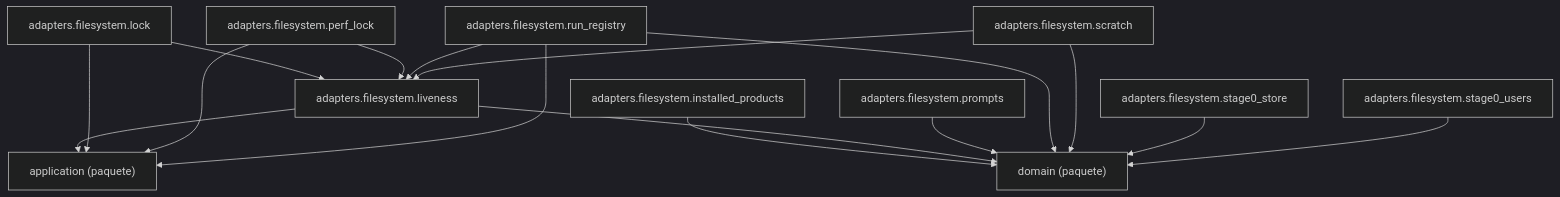
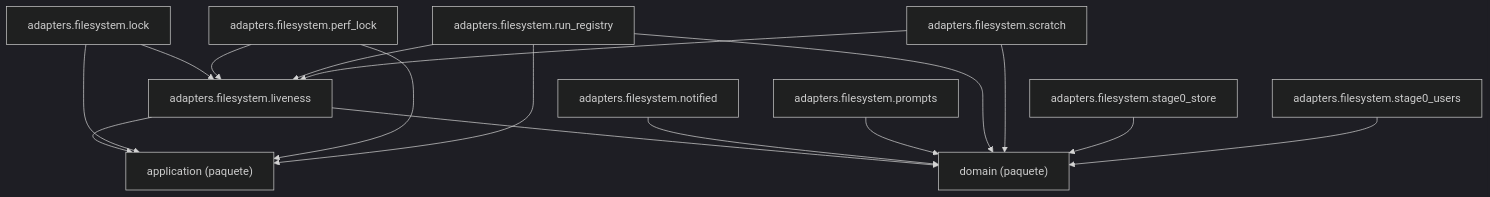
The diagram in docs/architecture/generated/packages-process-adapters-filesystem-2.md (GonzaloZevallos/agentic-system), drawn with Mermaid (dark theme) before and after one commit. The commit also changed 20 other files, not shown here.

Commit message:
Regenerate the architecture docs for the notifier ports and FilesystemNotified

````diff
--- a/docs/architecture/generated/packages-process-adapters-filesystem-2.md
+++ b/docs/architecture/generated/packages-process-adapters-filesystem-2.md
@@ -15,29 +15,29 @@
 ```mermaid
 graph TD
     g_pkg__application["application (paquete)"]
     g_pkg__domain["domain (paquete)"]
-    m_adapters__filesystem__installed_products["adapters.filesystem.installed_products"]
     m_adapters__filesystem__liveness["adapters.filesystem.liveness"]
     m_adapters__filesystem__lock["adapters.filesystem.lock"]
+    m_adapters__filesystem__notified["adapters.filesystem.notified"]
     m_adapters__filesystem__perf_lock["adapters.filesystem.perf_lock"]
     m_adapters__filesystem__prompts["adapters.filesystem.prompts"]
     m_adapters__filesystem__run_registry["adapters.filesystem.run_registry"]
     m_adapters__filesystem__scratch["adapters.filesystem.scratch"]
     m_adapters__filesystem__stage0_store["adapters.filesystem.stage0_store"]
     m_adapters__filesystem__stage0_users["adapters.filesystem.stage0_users"]
-    m_adapters__filesystem__installed_products --> g_pkg__domain
     m_adapters__filesystem__liveness --> g_pkg__application
     m_adapters__filesystem__liveness --> g_pkg__domain
     m_adapters__filesystem__lock --> g_pkg__application
     m_adapters__filesystem__lock --> m_adapters__filesystem__liveness
+    m_adapters__filesystem__notified --> g_pkg__domain
     m_adapters__filesystem__perf_lock --> g_pkg__application
     m_adapters__filesystem__perf_lock --> m_adapters__filesystem__liveness
     m_adapters__filesystem__prompts --> g_pkg__domain
     m_adapters__filesystem__run_registry --> g_pkg__application
     m_adapters__filesystem__run_registry --> g_pkg__domain
     m_adapters__filesystem__run_registry --> m_adapters__filesystem__liveness
     m_adapters__filesystem__scratch --> g_pkg__domain
     m_adapters__filesystem__scratch --> m_adapters__filesystem__liveness
     m_adapters__filesystem__stage0_store --> g_pkg__domain
     m_adapters__filesystem__stage0_users --> g_pkg__domain
 ```
````
